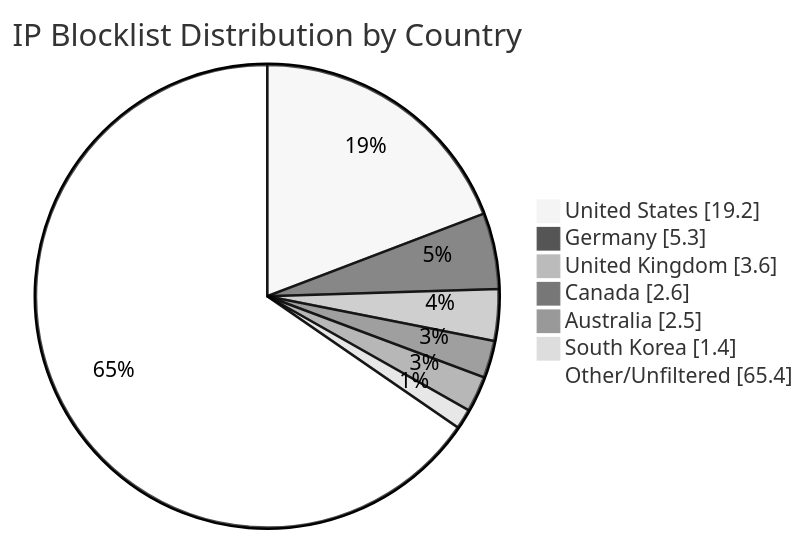
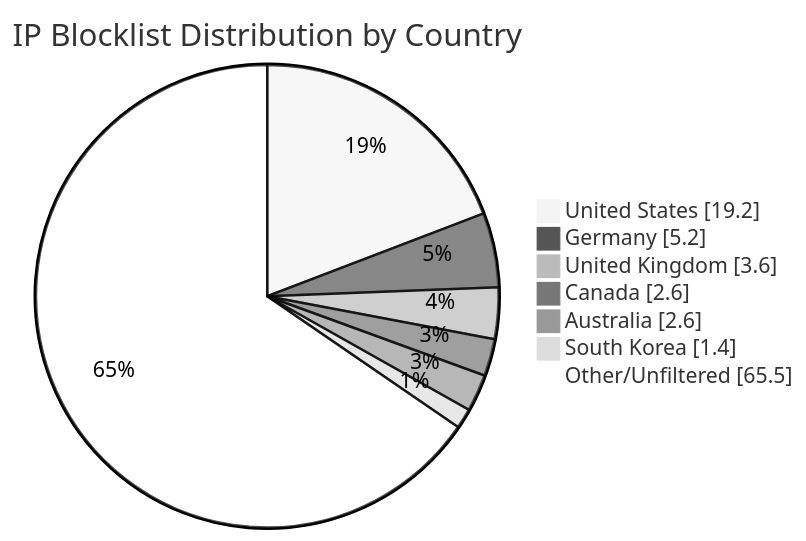
The diagram in README.md (MarcusHoltz/ipblocklist-geofiltered-aggregator), drawn with Mermaid (neutral theme) before and after one commit. The commit also changed other lines of this file and 9 other files, not shown here.

````diff
--- a/README.md
+++ b/README.md
@@ -34,10 +34,10 @@
 ```mermaid
 pie showData title IP Blocklist Distribution by Country
 "United States" : 19.2
-"Germany" : 5.3
+"Germany" : 5.2
 "United Kingdom" : 3.6
 "Canada" : 2.6
-"Australia" : 2.5
+"Australia" : 2.6
 "South Korea" : 1.4
-"Other/Unfiltered" : 65.4
+"Other/Unfiltered" : 65.5
 ```
````
